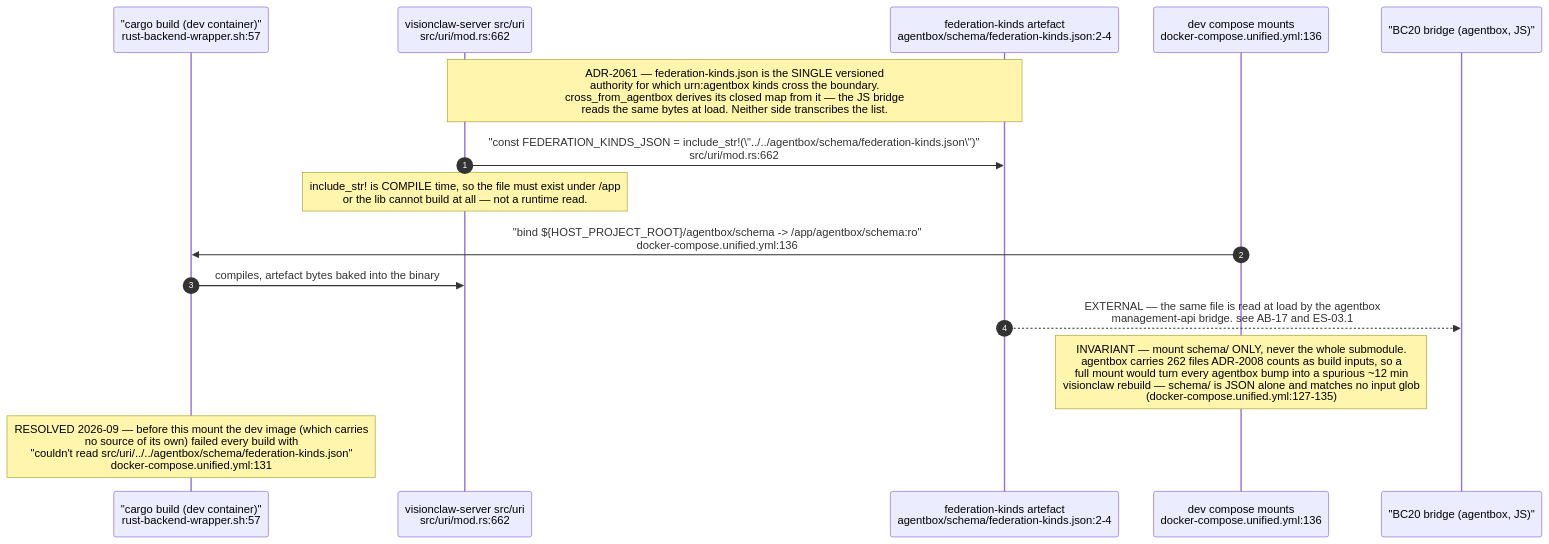
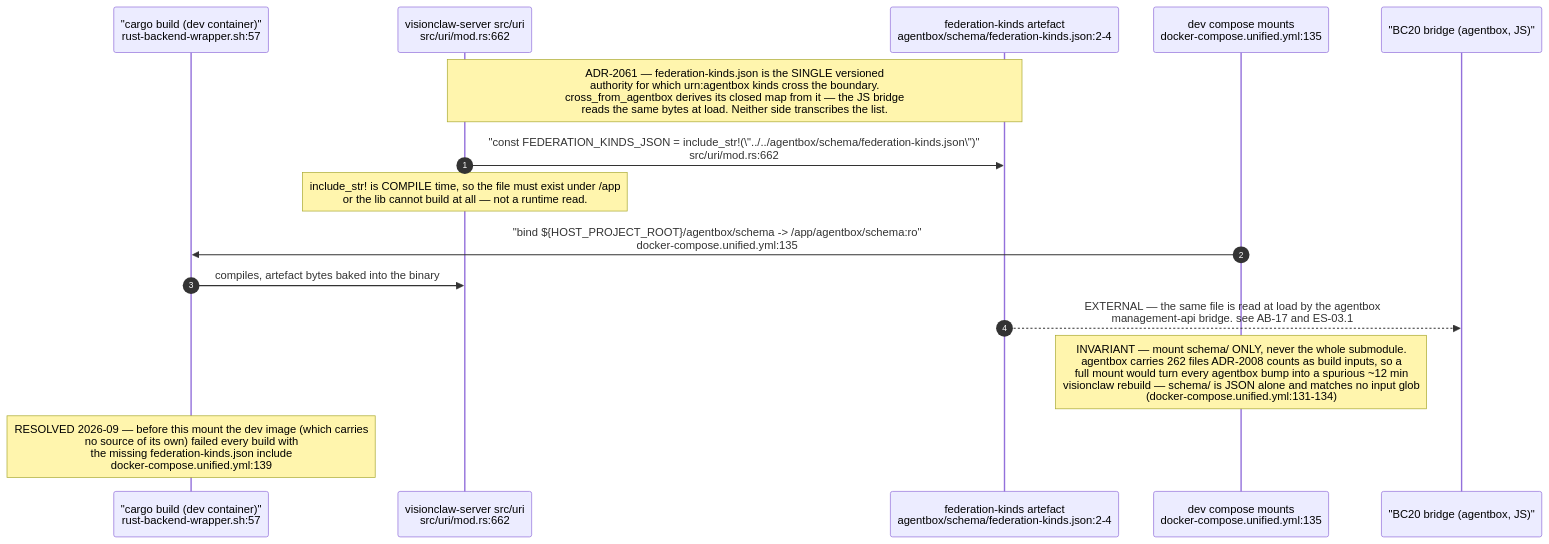
Before and after one commit to DreamLab-AI/VisionFlow: diagram 20 of 23 in docs/diagrams/estate/09-build-deploy-and-ci-estate.md, drawn with Mermaid. The commit also changed other lines of this file and 12 other files, not shown here.

````diff
--- a/docs/diagrams/estate/09-build-deploy-and-ci-estate.md
+++ b/docs/diagrams/estate/09-build-deploy-and-ci-estate.md
@@ -632,18 +632,18 @@
 ```mermaid
 sequenceDiagram
     autonumber
     participant CB as "cargo build (dev container)"<br/>rust-backend-wrapper.sh:57
     participant URI as visionclaw-server src/uri<br/>src/uri/mod.rs:662
     participant FK as federation-kinds artefact<br/>agentbox/schema/federation-kinds.json:2-4
-    participant CMP as dev compose mounts<br/>docker-compose.unified.yml:136
+    participant CMP as dev compose mounts<br/>docker-compose.unified.yml:135
     participant BR as "BC20 bridge (agentbox, JS)"
 
     Note over URI,FK: ADR-2061 — federation-kinds.json is the SINGLE versioned<br/>authority for which urn:agentbox kinds cross the boundary.<br/>cross_from_agentbox derives its closed map from it — the JS bridge<br/>reads the same bytes at load. Neither side transcribes the list.
     URI->>FK: "const FEDERATION_KINDS_JSON = include_str!(\"../../agentbox/schema/federation-kinds.json\")"<br/>src/uri/mod.rs:662
     Note over URI: include_str! is COMPILE time, so the file must exist under /app<br/>or the lib cannot build at all — not a runtime read.
-    CMP->>CB: "bind ${HOST_PROJECT_ROOT}/agentbox/schema -> /app/agentbox/schema:ro"<br/>docker-compose.unified.yml:136
+    CMP->>CB: "bind ${HOST_PROJECT_ROOT}/agentbox/schema -> /app/agentbox/schema:ro"<br/>docker-compose.unified.yml:135
     CB->>URI: compiles, artefact bytes baked into the binary
     FK-->>BR: EXTERNAL — the same file is read at load by the agentbox<br/>management-api bridge. see AB-17 and ES-03.1
-    Note over CMP: INVARIANT — mount schema/ ONLY, never the whole submodule.<br/>agentbox carries 262 files ADR-2008 counts as build inputs, so a<br/>full mount would turn every agentbox bump into a spurious ~12 min<br/>visionclaw rebuild — schema/ is JSON alone and matches no input glob<br/>(docker-compose.unified.yml:127-135)
-    Note over CB: RESOLVED 2026-09 — before this mount the dev image (which carries<br/>no source of its own) failed every build with<br/>"couldn't read src/uri/../../agentbox/schema/federation-kinds.json"<br/>docker-compose.unified.yml:131
+    Note over CMP: INVARIANT — mount schema/ ONLY, never the whole submodule.<br/>agentbox carries 262 files ADR-2008 counts as build inputs, so a<br/>full mount would turn every agentbox bump into a spurious ~12 min<br/>visionclaw rebuild — schema/ is JSON alone and matches no input glob<br/>(docker-compose.unified.yml:131-134)
+    Note over CB: RESOLVED 2026-09 — before this mount the dev image (which carries<br/>no source of its own) failed every build with<br/>the missing federation-kinds.json include<br/>docker-compose.unified.yml:139
 ```
````
